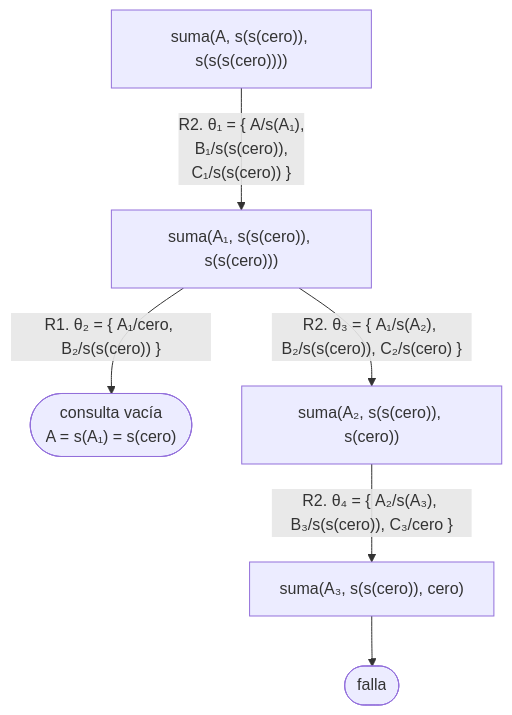
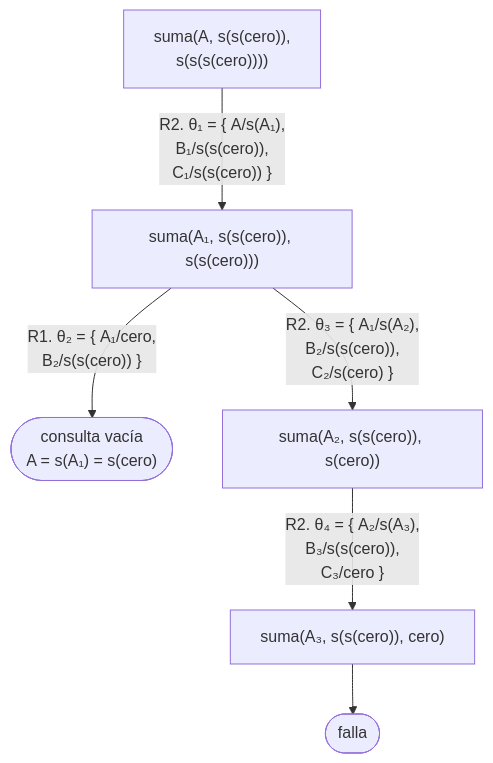
Before and after one commit to CesarBallardini/curso-de-prolog: the eighth of 11 diagrams in docs/capitulo-06-recursion/index.md, drawn with Mermaid. The commit also changed other lines of this file and 24 other files, not shown here.

First line of the commit message:
feat(docs): botones para ocultar las columnas laterales y etiquetas cortas en los diagramas

````diff
--- a/docs/capitulo-06-recursion/index.md
+++ b/docs/capitulo-06-recursion/index.md
@@ -468,8 +468,8 @@
 ```mermaid
 flowchart TD
-    A["suma(A, s(s(cero)), s(s(s(cero))))"] -- "R2. θ₁ = {&nbsp;A/s(A₁),<br/>B₁/s(s(cero)),<br/>C₁/s(s(cero))&nbsp;}" --> B["suma(A₁, s(s(cero)), s(s(cero)))"]
-    B -- "R1. θ₂ = {&nbsp;A₁/cero, B₂/s(s(cero))&nbsp;}" --> S(["consulta vacía<br/>A = s(A₁) = s(cero)"])
-    B -- "R2. θ₃ = {&nbsp;A₁/s(A₂), B₂/s(s(cero)), C₂/s(cero)&nbsp;}" --> C["suma(A₂, s(s(cero)), s(cero))"]
-    C -- "R2. θ₄ = {&nbsp;A₂/s(A₃), B₃/s(s(cero)), C₃/cero&nbsp;}" --> D["suma(A₃, s(s(cero)), cero)"]
+    A["suma(A, s(s(cero)),<br/>s(s(s(cero))))"] -- "R2. θ₁ = {&nbsp;A/s(A₁),<br/>B₁/s(s(cero)),<br/>C₁/s(s(cero))&nbsp;}" --> B["suma(A₁, s(s(cero)), s(s(cero)))"]
+    B -- "R1. θ₂ = {&nbsp;A₁/cero,<br/>B₂/s(s(cero))&nbsp;}" --> S(["consulta vacía<br/>A = s(A₁) = s(cero)"])
+    B -- "R2. θ₃ = {&nbsp;A₁/s(A₂),<br/>B₂/s(s(cero)),<br/>C₂/s(cero)&nbsp;}" --> C["suma(A₂, s(s(cero)), s(cero))"]
+    C -- "R2. θ₄ = {&nbsp;A₂/s(A₃),<br/>B₃/s(s(cero)),<br/>C₃/cero&nbsp;}" --> D["suma(A₃, s(s(cero)), cero)"]
     D --> F(["falla"])
 ```
````
